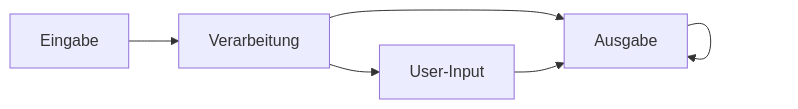
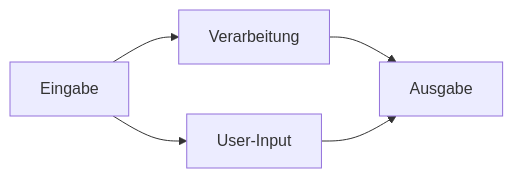
The second of 2 diagrams in tests/mermaid.md (MrsDDHefte/ddhefte), drawn with Mermaid before and after one commit.

````diff
--- a/tests/mermaid.md
+++ b/tests/mermaid.md
@@ -9,4 +9,4 @@
 ```mermaid
 flowchart LR
-    Eingabe --> Verarbeitung --> Ausgabe & User-Input --> Ausgabe
+    Eingabe --> Verarbeitung & User-Input --> Ausgabe
 ```
````
